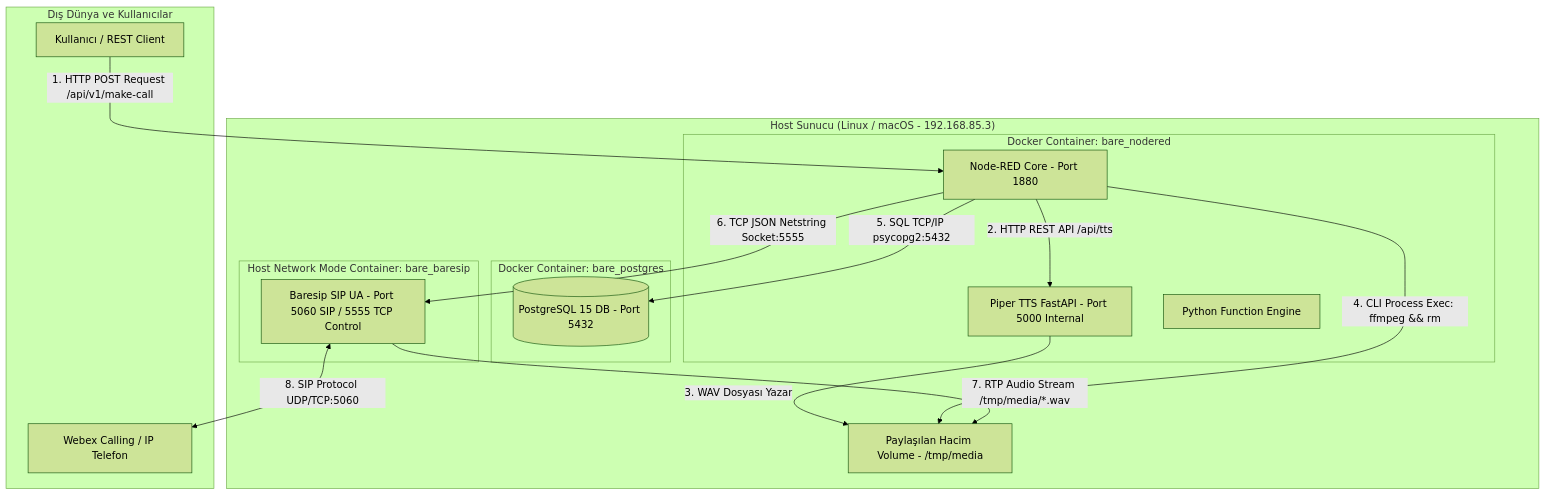
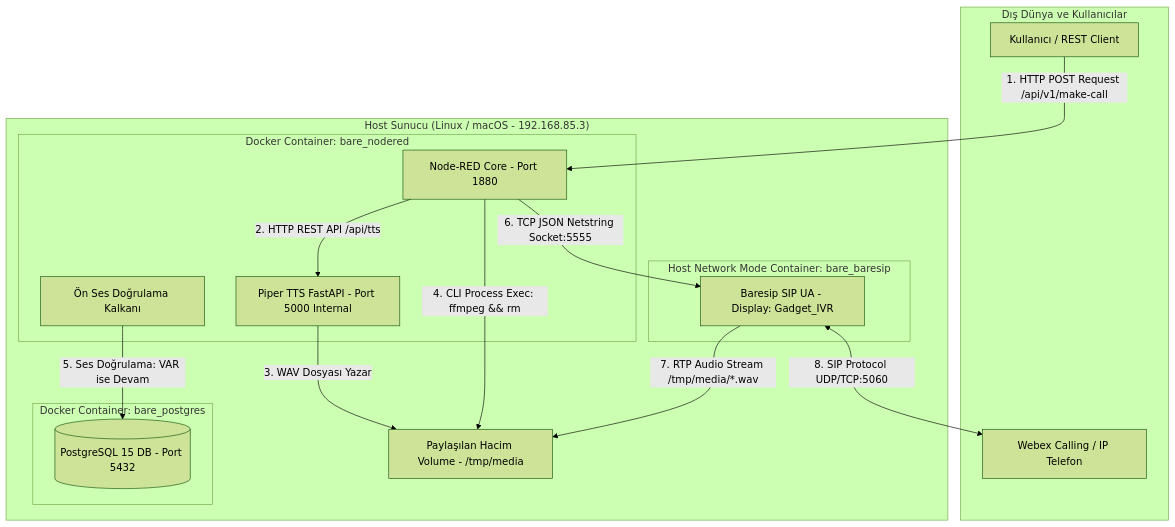
One commit to ilkermansur/Node_Red_BareSIP_Stack changed the diagram in docs/Mimari_analiz.md. Above: the diagram before and after it, drawn with Mermaid (forest theme). The commit also changed other lines of this file and 6 other files, not shown here.

Commit message:
docs: update all md and pdf documentation with Audio Verification Guard and Display Name configurations

````diff
--- a/docs/Mimari_analiz.md
+++ b/docs/Mimari_analiz.md
@@ -26,34 +24,34 @@
 ```mermaid
 graph TD
     subgraph Users["Dış Dünya ve Kullanıcılar"]
         User["Kullanıcı / REST Client"]
         Phone["Webex Calling / IP Telefon"]
     end
 
     subgraph Host["Host Sunucu (Linux / macOS - 192.168.85.3)"]
         subgraph NodeREDContainer["Docker Container: bare_nodered"]
             NR["Node-RED Core - Port 1880"]
             PiperDaemon["Piper TTS FastAPI - Port 5000 Internal"]
-            PyFunc["Python Function Engine"]
+            Guard["Ön Ses Doğrulama Kalkanı"]
         end
 
         subgraph PostgresContainer["Docker Container: bare_postgres"]
             PG[("PostgreSQL 15 DB - Port 5432")]
         end
 
         subgraph BaresipContainer["Host Network Mode Container: bare_baresip"]
-            Baresip["Baresip SIP UA - Port 5060 SIP / 5555 TCP Control"]
+            Baresip["Baresip SIP UA - Display: Gadget_IVR"]
         end
 
         SharedMedia["Paylaşılan Hacim Volume - /tmp/media"]
     end
 
     User -->|1. HTTP POST Request /api/v1/make-call| NR
     NR -->|2. HTTP REST API /api/tts| PiperDaemon
     PiperDaemon -->|3. WAV Dosyası Yazar| SharedMedia
     NR -->|4. CLI Process Exec: ffmpeg && rm| SharedMedia
-    NR -->|5. SQL TCP/IP psycopg2:5432| PG
+    Guard -->|5. Ses Doğrulama: VAR ise Devam| PG
     NR -->|6. TCP JSON Netstring Socket:5555| Baresip
     Baresip -->|7. RTP Audio Stream /tmp/media/*.wav| SharedMedia
     Baresip <-->|8. SIP Protocol UDP/TCP:5060| Phone
 ```
````
